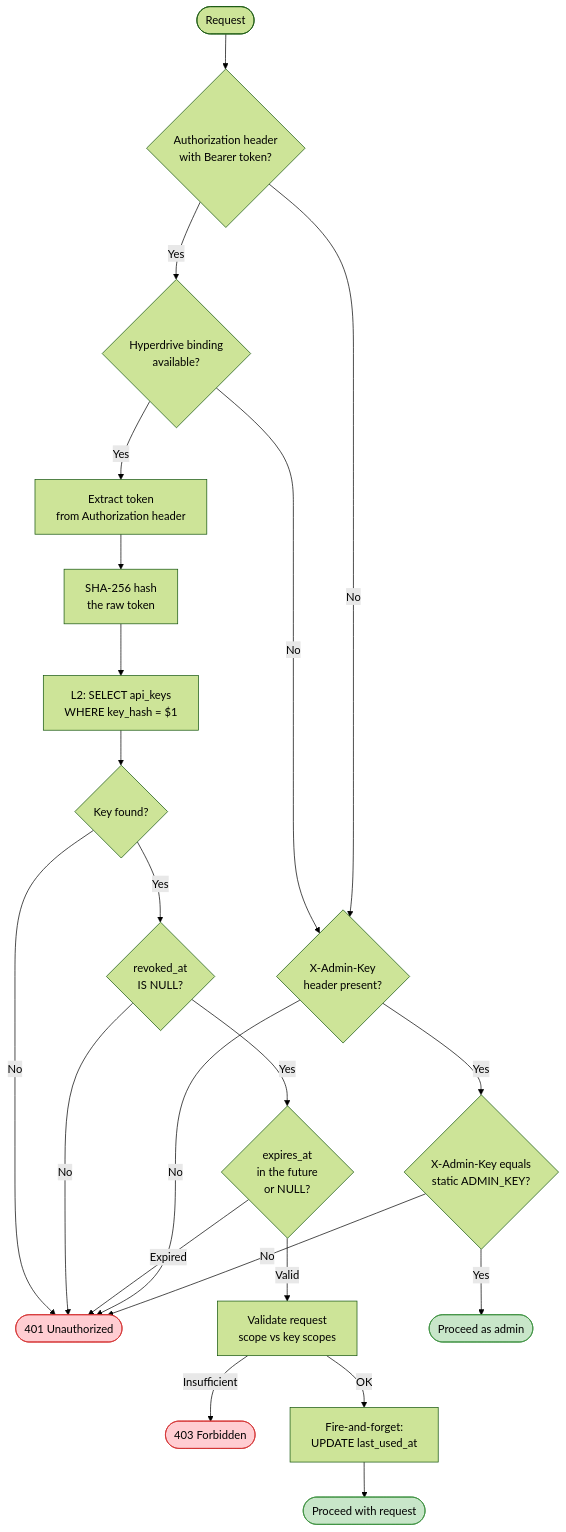
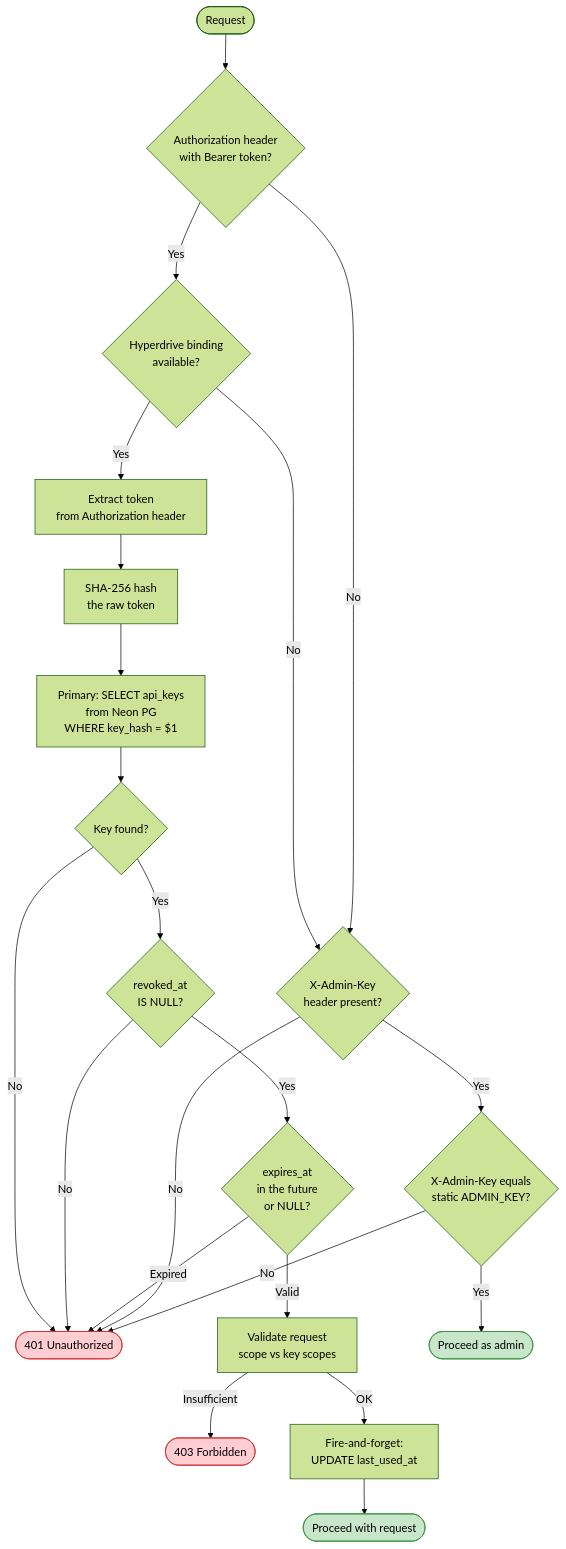
One commit to jaypatrick/adblock-compiler changed the sixth of 9 diagrams in docs/database-setup/DATABASE_ARCHITECTURE.md. Above: the diagram before and after it, drawn with Mermaid (forest theme). The commit also changed other lines of this file and 7 other files, not shown here.

````diff
--- a/docs/database-setup/DATABASE_ARCHITECTURE.md
+++ b/docs/database-setup/DATABASE_ARCHITECTURE.md
@@ -185,33 +185,33 @@
 ```mermaid
 flowchart TD
     REQ([Request]) --> HAS_BEARER{Authorization header\nwith Bearer token?}
 
     HAS_BEARER -->|Yes| HAS_HD{Hyperdrive binding\navailable?}
     HAS_HD -->|No| ADMIN_HEADER
     HAS_HD -->|Yes| EXTRACT[Extract token\nfrom Authorization header]
     EXTRACT --> HASH[SHA-256 hash\nthe raw token]
-    HASH --> PG_LOOKUP[L2: SELECT api_keys\nWHERE key_hash = $1]
+    HASH --> PG_LOOKUP[Primary: SELECT api_keys\nfrom Neon PG\nWHERE key_hash = $1]
 
     PG_LOOKUP --> FOUND{Key found?}
     FOUND -->|No| REJECT([401 Unauthorized])
 
     FOUND -->|Yes| REVOKED{revoked_at\nIS NULL?}
     REVOKED -->|No| REJECT
     REVOKED -->|Yes| EXPIRY{expires_at\nin the future\nor NULL?}
     EXPIRY -->|Expired| REJECT
     EXPIRY -->|Valid| SCOPE[Validate request\nscope vs key scopes]
     SCOPE -->|Insufficient| REJECT403([403 Forbidden])
     SCOPE -->|OK| UPDATE_USED[Fire-and-forget:\nUPDATE last_used_at]
     UPDATE_USED --> PROCEED([Proceed with request])
 
     HAS_BEARER -->|No| ADMIN_HEADER{X-Admin-Key\nheader present?}
     ADMIN_HEADER -->|No| REJECT
     ADMIN_HEADER -->|Yes| ADMIN_MATCH{X-Admin-Key equals\nstatic ADMIN_KEY?}
     ADMIN_MATCH -->|No| REJECT
     ADMIN_MATCH -->|Yes| ADMIN_OK([Proceed as admin])
 
     style REJECT fill:#ffcdd2,stroke:#d32f2f
     style REJECT403 fill:#ffcdd2,stroke:#d32f2f
     style PROCEED fill:#c8e6c9,stroke:#388e3c
     style ADMIN_OK fill:#c8e6c9,stroke:#388e3c
 ```
````
